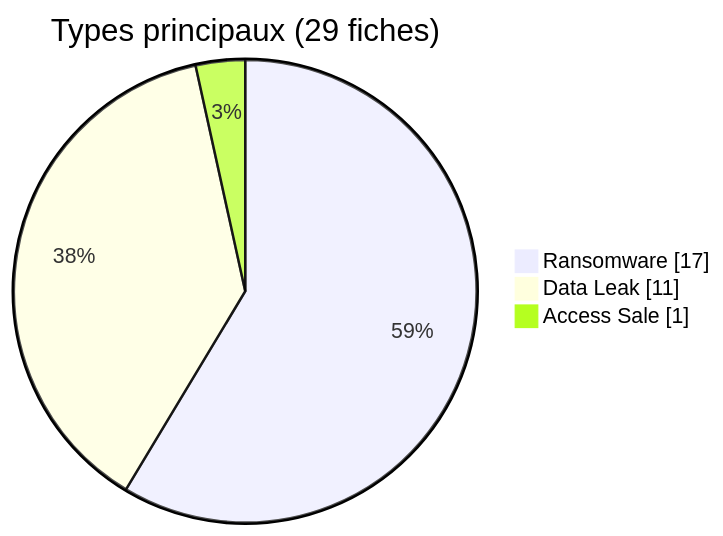
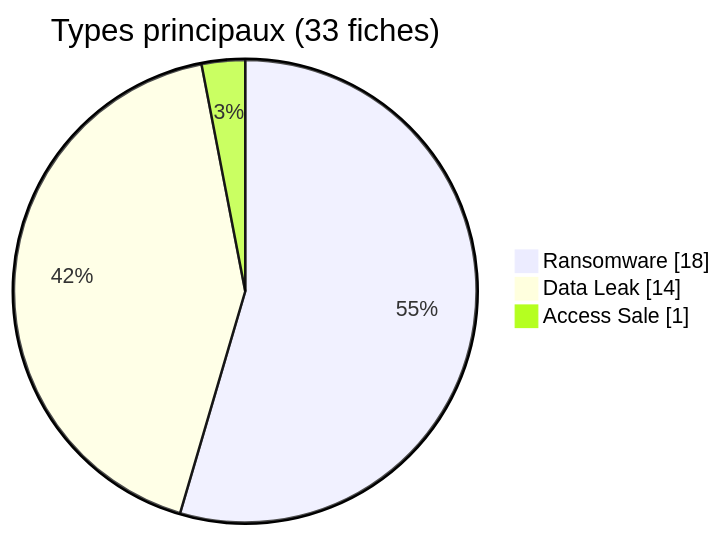
The diagram in visual-intelligence/08-august/ransomware-vs-leaks_august_2026_fr.md (Hatchepsoute/AFRINTEL), drawn with Mermaid before and after one commit. The commit also changed other lines of this file and 401 other files, not shown here.

````diff
--- a/visual-intelligence/08-august/ransomware-vs-leaks_august_2026_fr.md
+++ b/visual-intelligence/08-august/ransomware-vs-leaks_august_2026_fr.md
@@ -3,7 +3,7 @@
 ```mermaid
 pie showData
-    title Types principaux (29 fiches)
-    "Ransomware" : 17
-    "Data Leak" : 11
+    title Types principaux (33 fiches)
+    "Ransomware" : 18
+    "Data Leak" : 14
     "Access Sale" : 1
 ```
````
